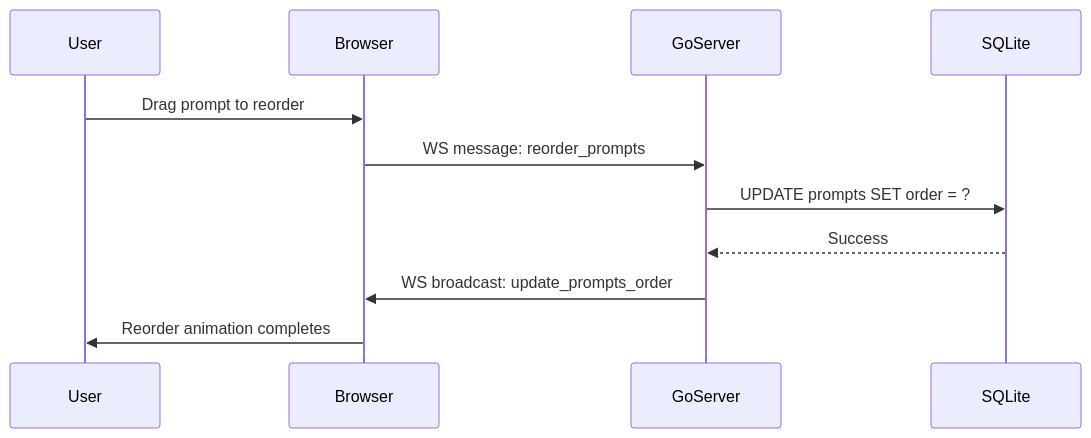
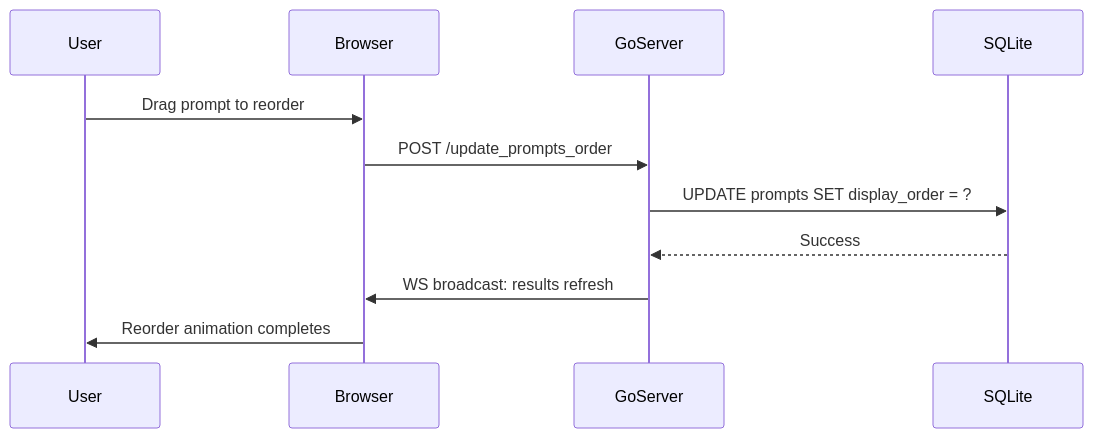
Before and after one commit to lavantien/llm-tournament: the fourth of 4 diagrams in README.md, drawn with Mermaid. The commit also changed other lines of this file and 17 other files, not shown here.

````diff
--- a/README.md
+++ b/README.md
@@ -195,14 +195,14 @@
 ```mermaid
 sequenceDiagram
     participant User
     participant Browser
     participant GoServer
     participant SQLite
 
     User->>Browser: Drag prompt to reorder
-    Browser->>GoServer: WS message: reorder_prompts
-    GoServer->>SQLite: UPDATE prompts SET order = ?
+    Browser->>GoServer: POST /update_prompts_order
+    GoServer->>SQLite: UPDATE prompts SET display_order = ?
     SQLite-->>GoServer: Success
-    GoServer->>Browser: WS broadcast: update_prompts_order
+    GoServer->>Browser: WS broadcast: results refresh
     Browser->>User: Reorder animation completes
 ```
````
